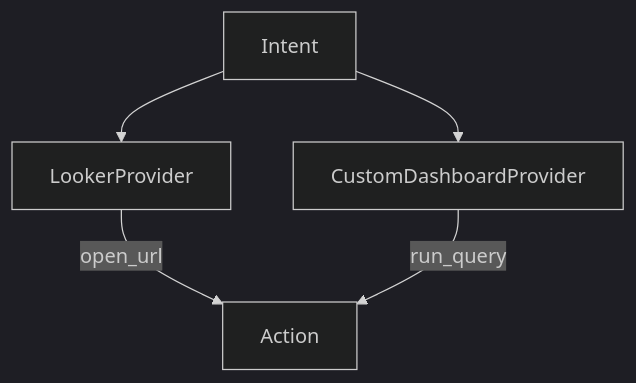
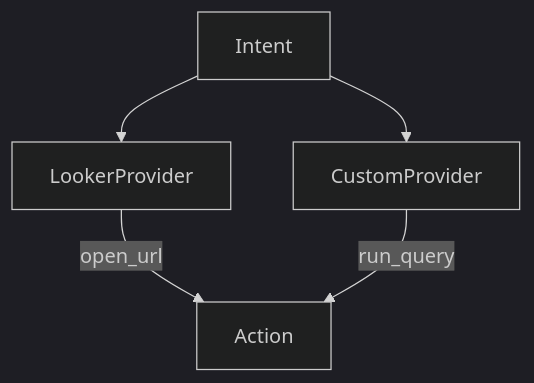
The sixth of 8 diagrams in docs/arquitetura.md (fernandesyuri33/chat-observatorio-turismo), drawn with Mermaid (dark theme) before and after one commit. The commit also changed other lines of this file and 7 other files, not shown here.

````diff
--- a/docs/arquitetura.md
+++ b/docs/arquitetura.md
@@ -134,9 +134,9 @@
 ```mermaid
 flowchart TD
 
 Intent --> ProviderA[LookerProvider]
-Intent --> ProviderB[CustomDashboardProvider]
+Intent --> ProviderB[CustomProvider]
 
 ProviderA -->|open_url| Action
 ProviderB -->|run_query| Action
 ```
````
